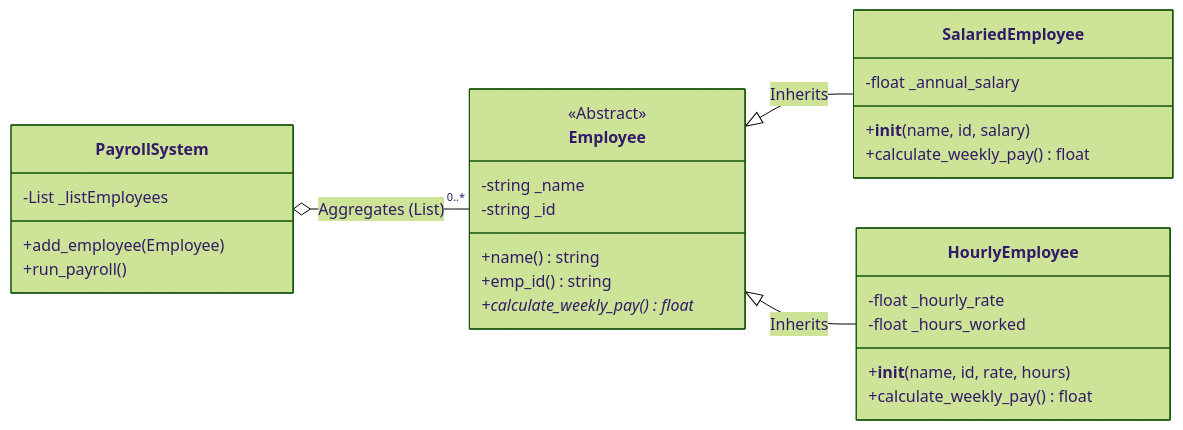
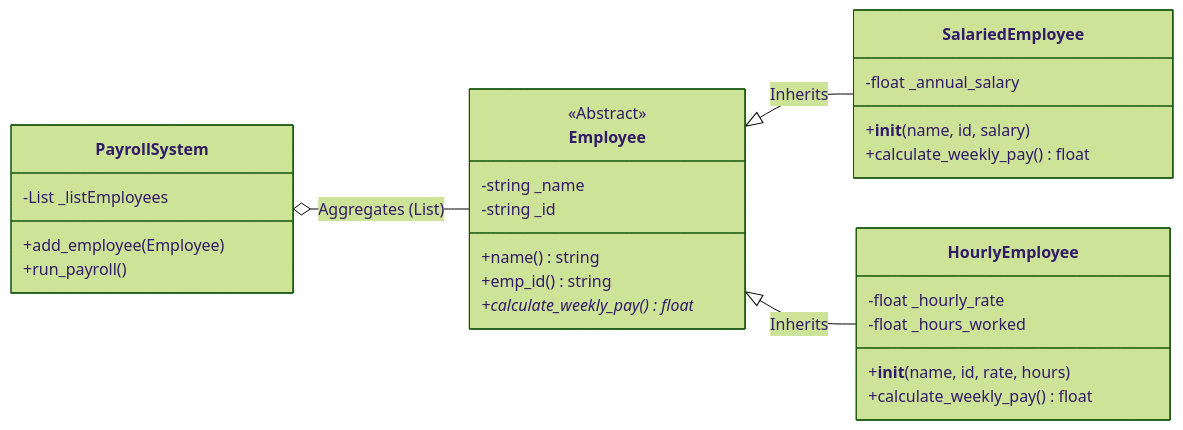
Before and after one commit to ahnafyura/BARUNASTRA_STAGE2: the first of 2 diagrams in README.md, drawn with Mermaid (forest theme). The commit also changed other lines of this file, not shown here.

Commit message:
Update README.md
update UML Class Diagram

````diff
--- a/README.md
+++ b/README.md
@@ -51,36 +51,36 @@
 ```mermaid
 classDiagram
     direction LR
     %% Hubungan: PayrollSystem ada di paling kiri, Employee di tengah, Anak-anak di kanan
-    PayrollSystem o-- "0..*" Employee : Aggregates (List)
+    PayrollSystem o-- Employee : Aggregates (List)
     Employee <|-- SalariedEmployee : Inherits
     Employee <|-- HourlyEmployee : Inherits
     
     class PayrollSystem {
         -List _listEmployees
         +add_employee(Employee)
         +run_payroll()
     }
 
     class Employee {
         <<Abstract>>
         -string _name
         -string _id
         +name() string
         +emp_id() string
         +calculate_weekly_pay()* float
     }
 
     class SalariedEmployee {
         -float _annual_salary
         +__init__(name, id, salary)
         +calculate_weekly_pay() float
     }
 
     class HourlyEmployee {
         -float _hourly_rate
         -float _hours_worked
         +__init__(name, id, rate, hours)
         +calculate_weekly_pay() float
     }
 ```
````
